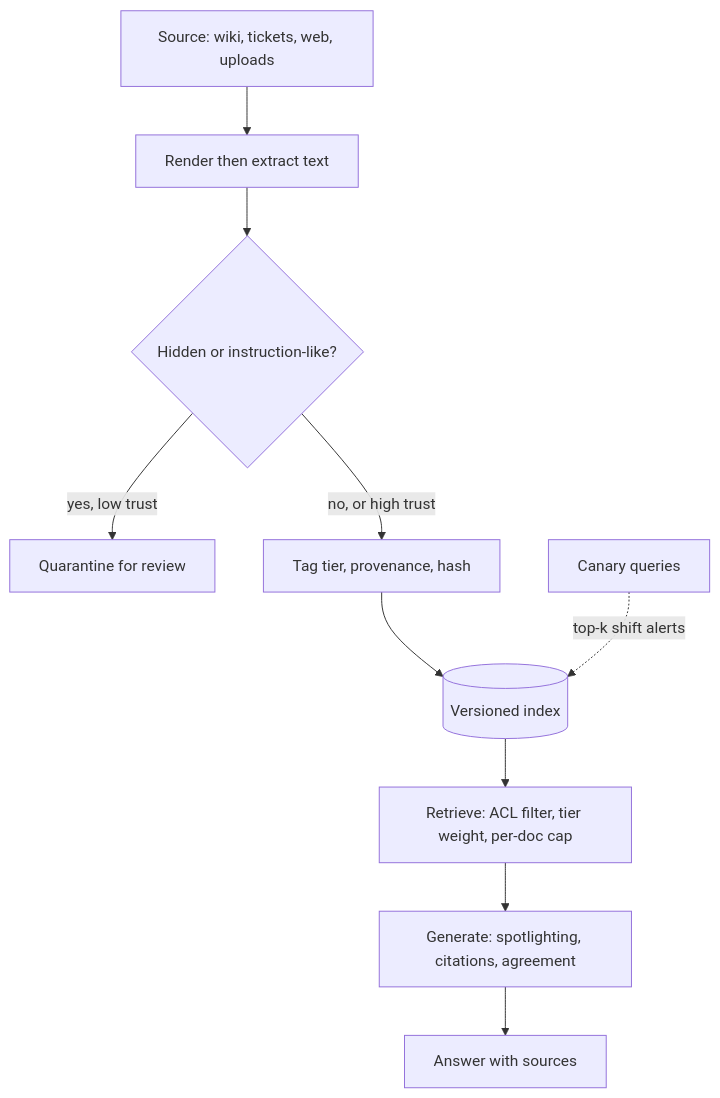
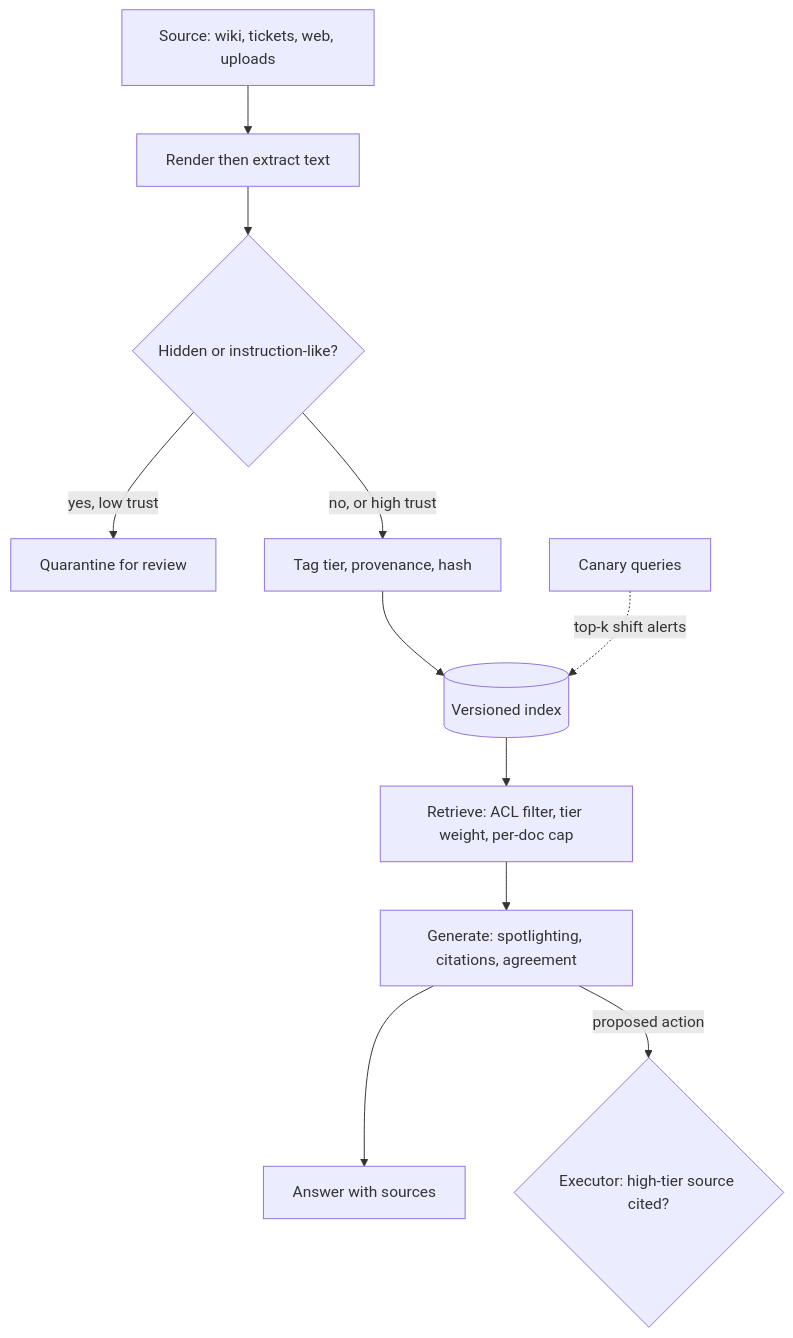
The diagram in content/safety-security/rag-poisoning.md (lovishmahajan97/agentic-learning), drawn with Mermaid before and after one commit. The commit also changed other lines of this file and 348 other files, not shown here.

````diff
--- a/content/safety-security/rag-poisoning.md
+++ b/content/safety-security/rag-poisoning.md
@@ -145,12 +145,13 @@
 ```mermaid
 flowchart TD
     S["Source: wiki, tickets, web, uploads"] --> R["Render then extract text"]
     R --> F{"Hidden or instruction-like?"}
     F -->|"yes, low trust"| Q["Quarantine for review"]
     F -->|"no, or high trust"| T["Tag tier, provenance, hash"]
     T --> I[("Versioned index")]
     I --> K["Retrieve: ACL filter, tier weight, per-doc cap"]
     K --> G["Generate: spotlighting, citations, agreement"]
     G --> A["Answer with sources"]
+    G -->|"proposed action"| X{"Executor: high-tier source cited?"}
     M["Canary queries"] -.->|"top-k shift alerts"| I
 ```
````
